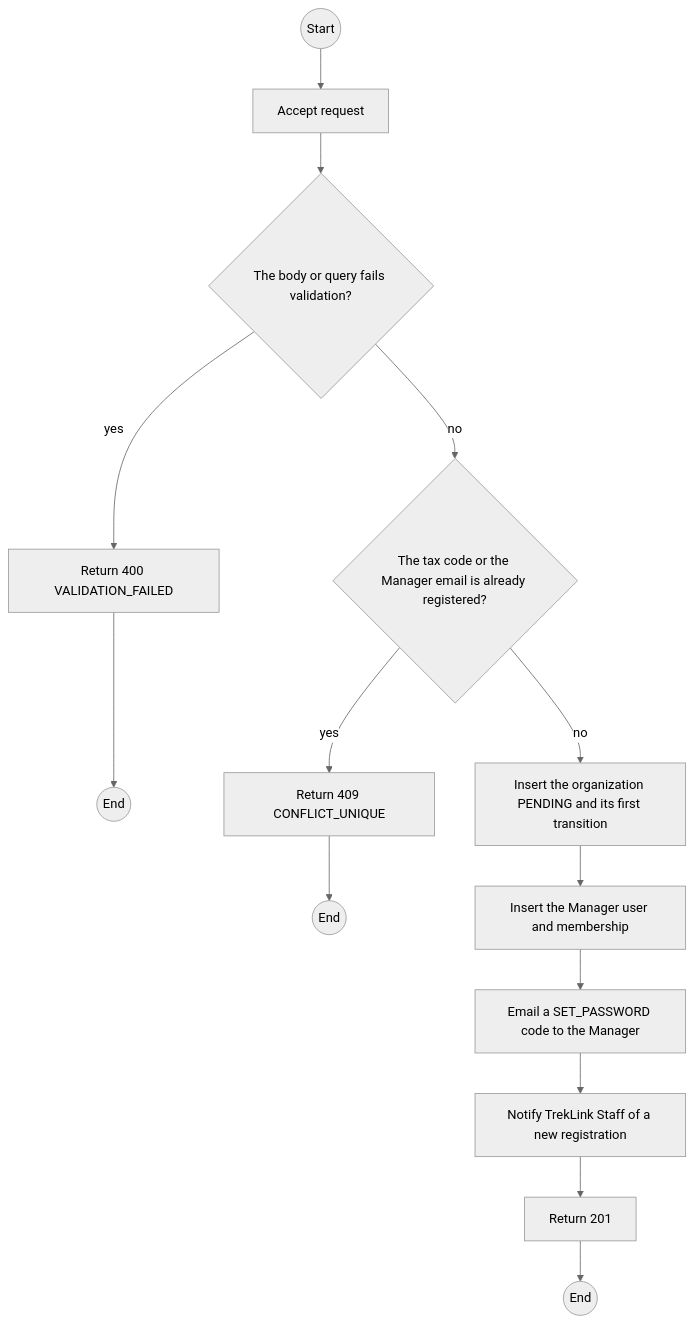
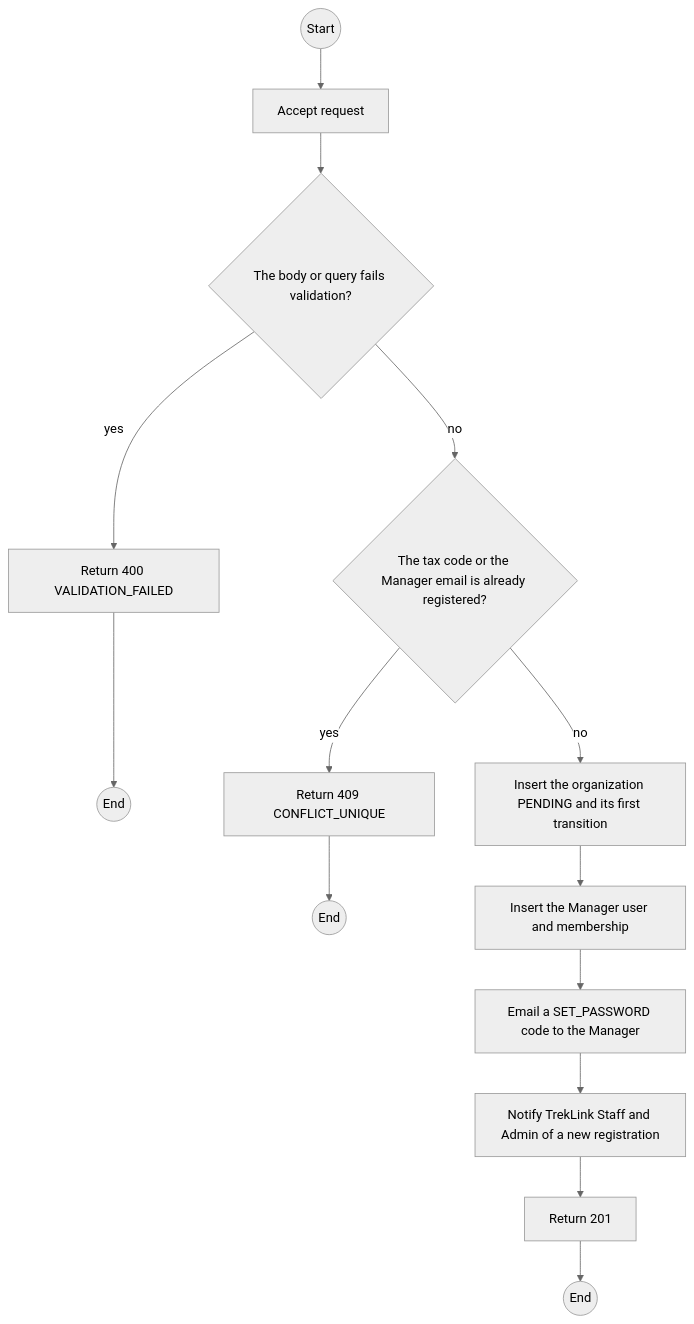
The first of 2 diagrams in specs/organizations/api-design/01-post-organizations-register.md (TrekLink-Team/treklink-web), drawn with Mermaid (neutral theme) before and after one commit. The commit also changed 3 other files, not shown here.

````diff
--- a/specs/organizations/api-design/01-post-organizations-register.md
+++ b/specs/organizations/api-design/01-post-organizations-register.md
@@ -105,27 +105,27 @@
 ```mermaid
 flowchart TB
     S((Start))
     A0["Accept request"]
     S --> A0
     D1{"The body or query fails validation?"}
     A0 --> D1
     E1["Return 400 VALIDATION_FAILED"]
     D1 -->|yes| E1
     E1 --> X1((End))
     D2{"The tax code or the Manager email is already registered?"}
     D1 -->|no| D2
     E2["Return 409 CONFLICT_UNIQUE"]
     D2 -->|yes| E2
     E2 --> X2((End))
     P0["Insert the organization PENDING and its first transition"]
     D2 -->|no| P0
     P1["Insert the Manager user and membership"]
     P0 --> P1
     P2["Email a SET_PASSWORD code to the Manager"]
     P1 --> P2
-    P3["Notify TrekLink Staff of a new registration"]
+    P3["Notify TrekLink Staff and Admin of a new registration"]
     P2 --> P3
     OK["Return 201"]
     P3 --> OK
     OK --> Z((End))
 ```
````
